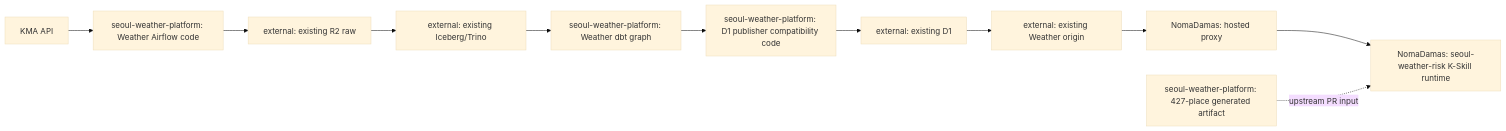
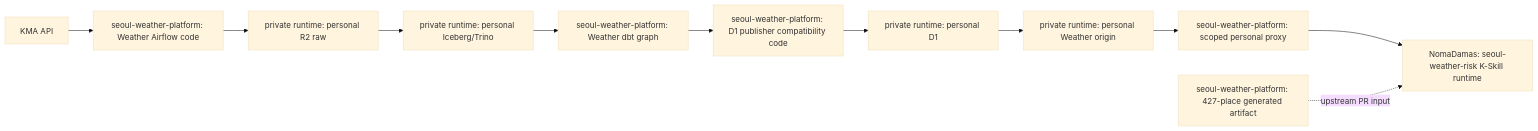
Before and after one commit to masondev1024/seoul-weather-platform: the diagram in docs/architecture/platform-boundaries.md, drawn with Mermaid (base theme). The commit also changed other lines of this file and 22 other files, not shown here.

Commit message:
Restore personal weather serving continuity

````diff
--- a/docs/architecture/platform-boundaries.md
+++ b/docs/architecture/platform-boundaries.md
@@ -18,13 +18,13 @@
 ```mermaid
 flowchart LR
     KMA["KMA API"] --> DAG["seoul-weather-platform: Weather Airflow code"]
-    DAG --> R2["external: existing R2 raw"]
-    R2 --> ICE["external: existing Iceberg/Trino"]
+    DAG --> R2["private runtime: personal R2 raw"]
+    R2 --> ICE["private runtime: personal Iceberg/Trino"]
     ICE --> DBT["seoul-weather-platform: Weather dbt graph"]
     DBT --> PUB["seoul-weather-platform: D1 publisher compatibility code"]
-    PUB --> D1["external: existing D1"]
-    D1 --> ORIGIN["external: existing Weather origin"]
-    ORIGIN --> PROXY["NomaDamas: hosted proxy"]
+    PUB --> D1["private runtime: personal D1"]
+    D1 --> ORIGIN["private runtime: personal Weather origin"]
+    ORIGIN --> PROXY["seoul-weather-platform: scoped personal proxy"]
     PROXY --> SKILL["NomaDamas: seoul-weather-risk K-Skill runtime"]
     MAP["seoul-weather-platform: 427-place generated artifact"] -. "upstream PR input" .-> SKILL
 ```
````
